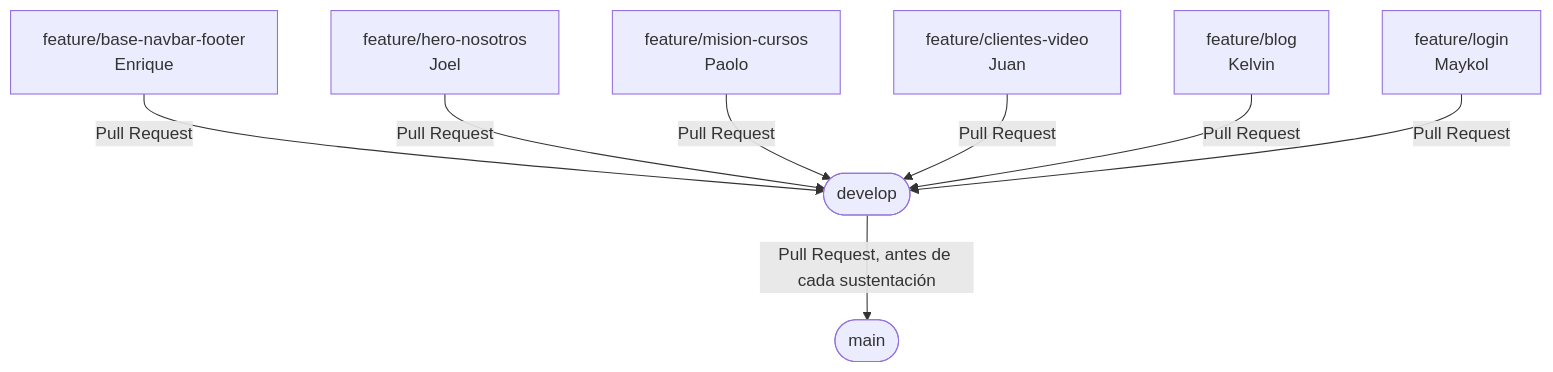
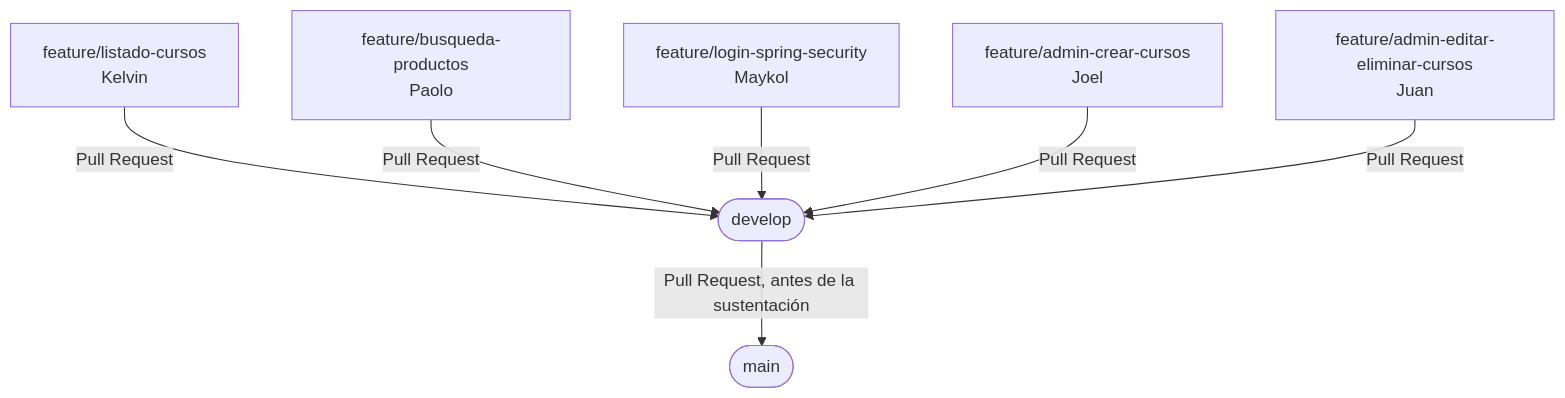
The diagram in CONTRIBUTING.md (escuela-juridica/herramientas-desarrollo-proyecto), drawn with Mermaid before and after one commit. The commit also changed other lines of this file and 6 other files, not shown here.

````diff
--- a/CONTRIBUTING.md
+++ b/CONTRIBUTING.md
@@ -9,19 +11,17 @@
 ```mermaid
 graph TD
   main(["main"])
   develop(["develop"])
-  f1["feature/base-navbar-footer<br/>Enrique"]
-  f2["feature/hero-nosotros<br/>Joel"]
-  f3["feature/mision-cursos<br/>Paolo"]
-  f4["feature/clientes-video<br/>Juan"]
-  f5["feature/blog<br/>Kelvin"]
-  f6["feature/login<br/>Maykol"]
+  f1["feature/listado-cursos<br/>Kelvin"]
+  f2["feature/busqueda-productos<br/>Paolo"]
+  f3["feature/login-spring-security<br/>Maykol"]
+  f4["feature/admin-crear-cursos<br/>Joel"]
+  f5["feature/admin-editar-eliminar-cursos<br/>Juan"]
 
   f1 -->|Pull Request| develop
   f2 -->|Pull Request| develop
   f3 -->|Pull Request| develop
   f4 -->|Pull Request| develop
   f5 -->|Pull Request| develop
-  f6 -->|Pull Request| develop
-  develop -->|Pull Request, antes de cada sustentación| main
+  develop -->|Pull Request, antes de la sustentación| main
 ```
````
